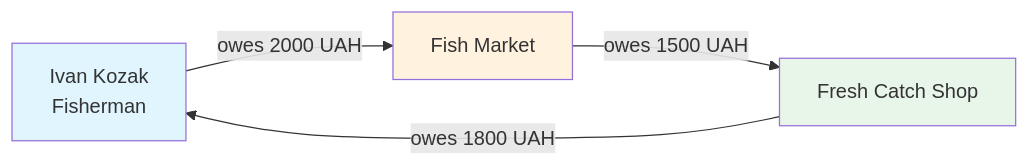
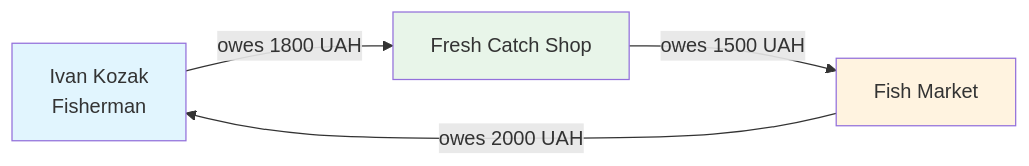
One commit to slawa19/GEOv0 changed the first of 4 diagrams in docs/ru/seeds/seed-riverside-town-50.md. Above: the diagram before and after it, drawn with Mermaid. The commit also changed other lines of this file, not shown here.

````diff
--- a/docs/ru/seeds/seed-riverside-town-50.md
+++ b/docs/ru/seeds/seed-riverside-town-50.md
@@ -97,10 +107,10 @@
 ```mermaid
 graph LR
-    F[Ivan Kozak<br/>Fisherman] -->|owes 2000 UAH| M[Fish Market]
-    M -->|owes 1500 UAH| S[Fresh Catch Shop]
-    S -->|owes 1800 UAH| F
+    F[Ivan Kozak<br/>Fisherman] -->|owes 1800 UAH| S[Fresh Catch Shop]
+    S -->|owes 1500 UAH| M[Fish Market]
+    M -->|owes 2000 UAH| F
     
     style F fill:#e1f5fe
     style M fill:#fff3e0
     style S fill:#e8f5e9
 ```
````
